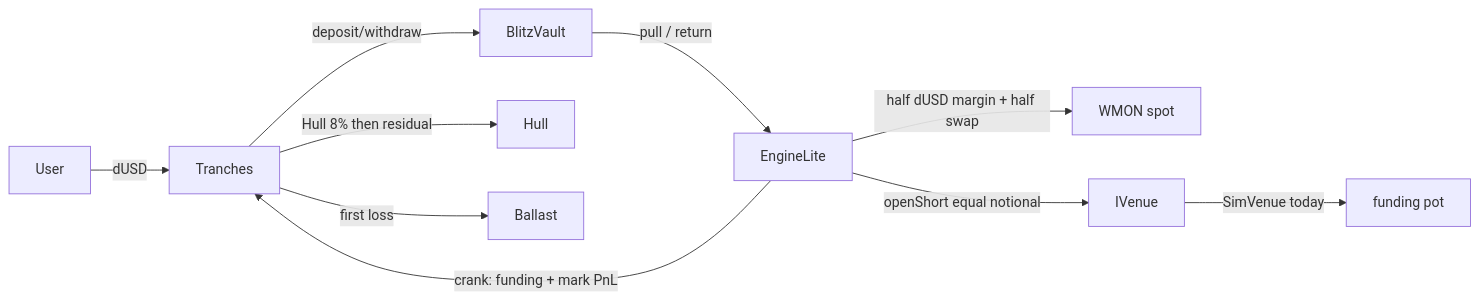
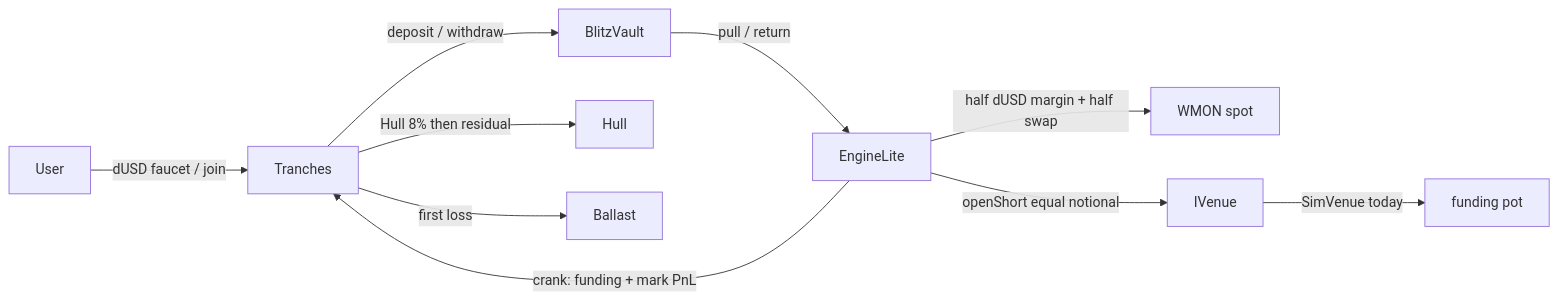
One commit to Lemma-Development-Labs/vessel changed the diagram in README.md. Above: the diagram before and after it, drawn with Mermaid. The commit also changed other lines of this file, not shown here.

````diff
--- a/README.md
+++ b/README.md
@@ -55,12 +81,12 @@
 ```mermaid
 flowchart LR
-  User -->|dUSD| Tranches
-  Tranches -->|deposit/withdraw| Vault[BlitzVault]
+  User -->|dUSD faucet / join| Tranches
+  Tranches -->|deposit / withdraw| Vault[BlitzVault]
   Vault -->|pull / return| Engine[EngineLite]
   Engine -->|half dUSD margin + half swap| Spot[WMON spot]
   Engine -->|openShort equal notional| Venue[IVenue]
   Venue -->|SimVenue today| Sim[funding pot]
   Engine -->|crank: funding + mark PnL| Tranches
   Tranches -->|Hull 8% then residual| Hull
   Tranches -->|first loss| Ballast
 ```
````
